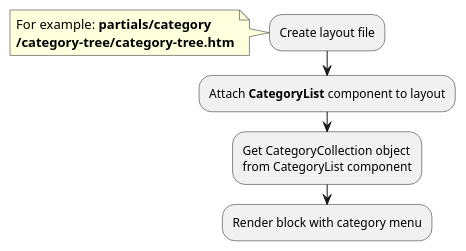
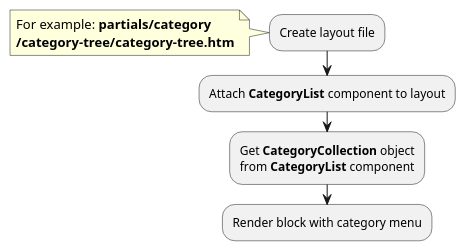
The second of 3 diagrams in modules/category/examples.md (oc-shopaholic/oc-shopaholic-docs), drawn with PlantUML before and after one commit. The commit also changed other lines of this file and 4 other files, not shown here.

````diff
--- a/modules/category/examples.md
+++ b/modules/category/examples.md
@@ -71,13 +71,13 @@
 ```plantuml
 @startuml
 :Create layout file;
 note left
     For example: **partials/category**
     **/category-tree/category-tree.htm**
 end note
 :Attach **CategoryList** component to layout;
-:Get CategoryCollection object
-from CategoryList component;
+:Get **CategoryCollection** object
+from **CategoryList** component;
 :Render block with category menu;
 @enduml
 ```
````
